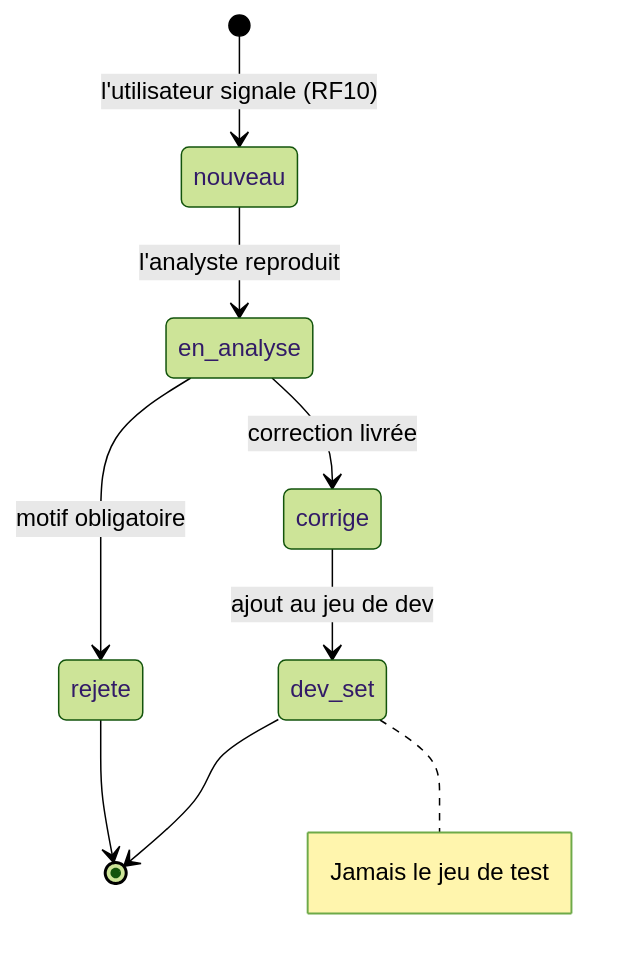
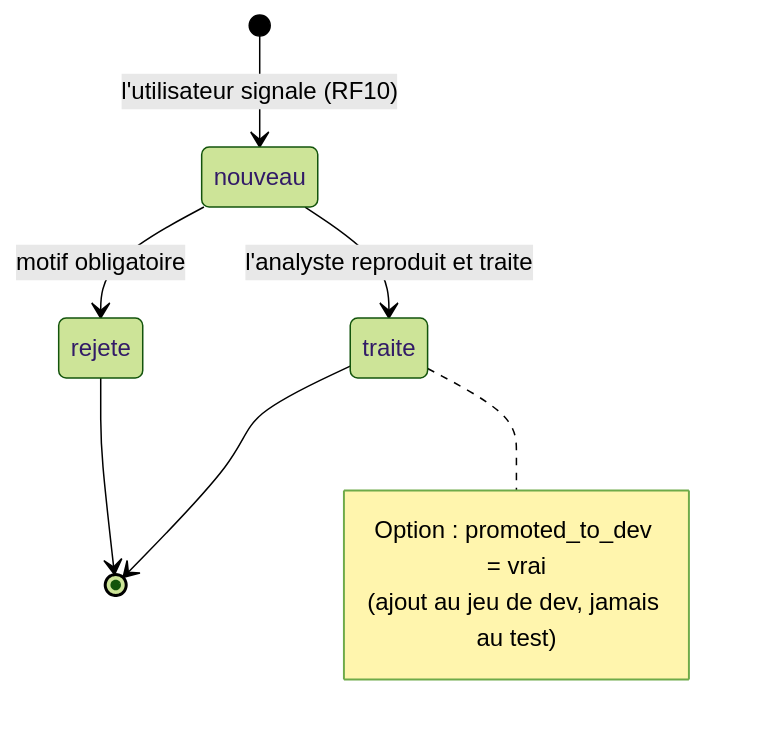
The diagram in docs/diagrams/11-signalement.mmd (justefrank/decision-agent-IA), drawn with Mermaid (forest theme) before and after one commit. The commit also changed 47 other files, not shown here.

First line of the commit message:
docs: passage en v5 (MVP, query_metric, citation par référence, évaluation sur le test seul, intégration Claude) et diagrammes re-rendus

```diff
--- a/docs/diagrams/11-signalement.mmd
+++ b/docs/diagrams/11-signalement.mmd
@@ -1,11 +1,10 @@
 stateDiagram-v2
   [*] --> nouveau: l'utilisateur signale (RF10)
-  nouveau --> en_analyse: l'analyste reproduit
-  en_analyse --> corrige: correction livrée
-  en_analyse --> rejete: motif obligatoire
-  corrige --> dev_set: ajout au jeu de dev
+  nouveau --> traite: l'analyste reproduit et traite
+  nouveau --> rejete: motif obligatoire
+  traite --> [*]
   rejete --> [*]
-  dev_set --> [*]
-  note right of dev_set
-    Jamais le jeu de test
+  note right of traite
+    Option : promoted_to_dev = vrai
+    (ajout au jeu de dev, jamais au test)
   end note
```
